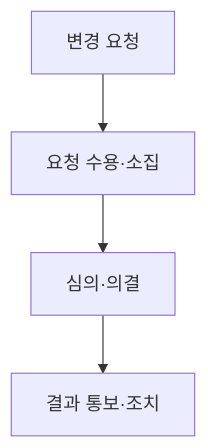
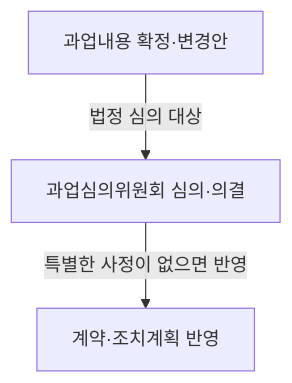
One commit to agnusdei1207/study changed the first of 2 diagrams in src/content/docs/notes/itpe/02-software-engineering/048_task_deliberation_committee.md. Above: the diagram before and after it, drawn with Mermaid. The commit also changed other lines of this file and 31 other files, not shown here.

Commit message:
docs(itpe): correct software engineering architecture and test notes

````diff
--- a/src/content/docs/notes/itpe/02-software-engineering/048_task_deliberation_committee.md
+++ b/src/content/docs/notes/itpe/02-software-engineering/048_task_deliberation_committee.md
@@ -47,6 +54,5 @@
 ```mermaid
-flowchart TB
-    A["변경 요청"] --> B["요청 수용·소집"]
-    B --> C["심의·의결"]
-    C --> D["결과 통보·조치"]
+flowchart TD
+    A["과업내용 확정·변경안"] -->|"법정 심의 대상"| B["과업심의위원회 심의·의결"]
+    B -->|"특별한 사정이 없으면 반영"| C["계약·조치계획 반영"]
 ```
````
